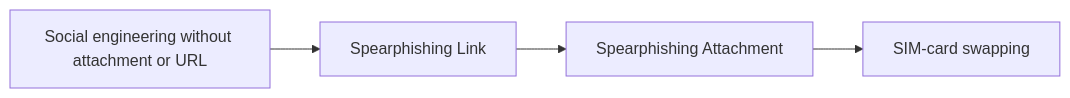
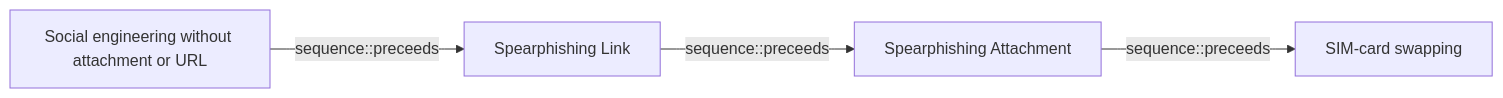
One commit to opentidehq/library changed the diagram in docs/threats/social-engineering-without-attachment-or-url.md. Above: the diagram before and after it, drawn with Mermaid. The commit also changed other lines of this file and 277 other files, not shown here.

````diff
--- a/docs/threats/social-engineering-without-attachment-or-url.md
+++ b/docs/threats/social-engineering-without-attachment-or-url.md
@@ -44,10 +82,10 @@
 ```mermaid
 flowchart LR
 0cdaee96_8595_4f3f_ba07_758b8be9d359["Social engineering without attachment or URL"]
 1a68b5eb_0112_424d_a21f_88dda0b6b8df["Spearphishing Link"]
 dd5d942c_bac4_4000_b9a6_ca4fef6cfb84["Spearphishing Attachment"]
 6a7a493a_511a_4c9d_aa9c_4427c832a322["SIM-card swapping"]
-0cdaee96_8595_4f3f_ba07_758b8be9d359 --> 1a68b5eb_0112_424d_a21f_88dda0b6b8df
-1a68b5eb_0112_424d_a21f_88dda0b6b8df --> dd5d942c_bac4_4000_b9a6_ca4fef6cfb84
-dd5d942c_bac4_4000_b9a6_ca4fef6cfb84 --> 6a7a493a_511a_4c9d_aa9c_4427c832a322
+0cdaee96_8595_4f3f_ba07_758b8be9d359 -->|sequence::preceeds| 1a68b5eb_0112_424d_a21f_88dda0b6b8df
+1a68b5eb_0112_424d_a21f_88dda0b6b8df -->|sequence::preceeds| dd5d942c_bac4_4000_b9a6_ca4fef6cfb84
+dd5d942c_bac4_4000_b9a6_ca4fef6cfb84 -->|sequence::preceeds| 6a7a493a_511a_4c9d_aa9c_4427c832a322
 ```
````
